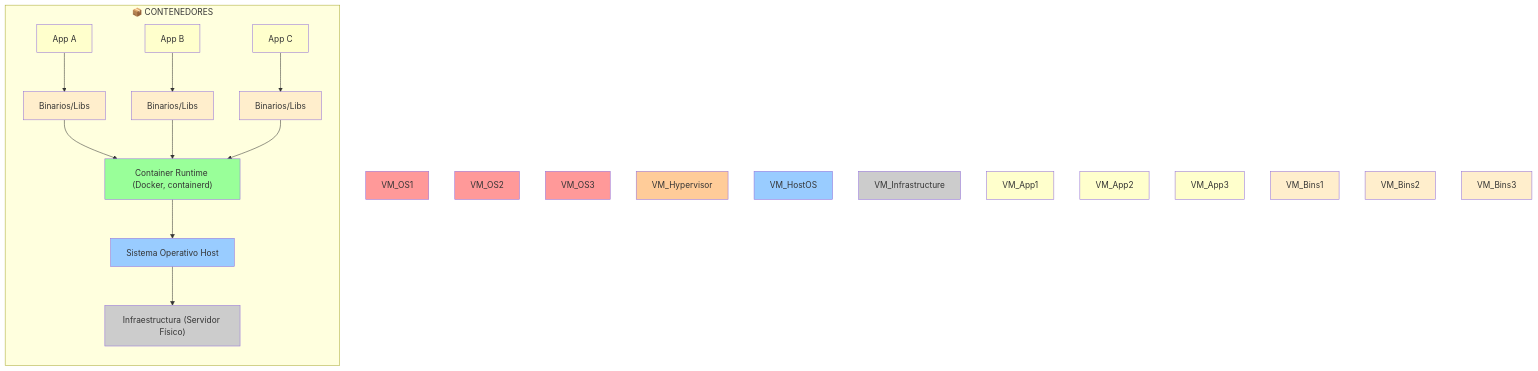
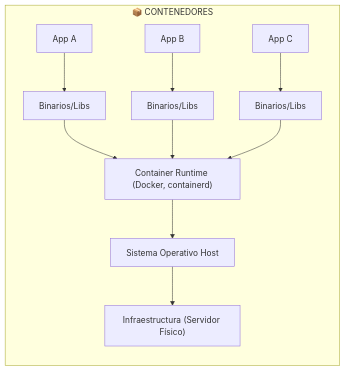
Before and after one commit to rugi/OTEL_Parte2: the fourth of 5 diagrams in Fase01/inicio/componentes/Docker.md, drawn with Mermaid.

````diff
--- a/Fase01/inicio/componentes/Docker.md
+++ b/Fase01/inicio/componentes/Docker.md
@@ -228,49 +228,26 @@
 ```mermaid
 graph TB
     subgraph Container["📦 CONTENEDORES"]
         direction TB
         C_App1["App A"]
         C_App2["App B"]
         C_App3["App C"]
         C_Bins1["Binarios/Libs"]
         C_Bins2["Binarios/Libs"]
         C_Bins3["Binarios/Libs"]
         C_Runtime["Container Runtime (Docker, containerd)"]
         C_HostOS["Sistema Operativo Host"]
         C_Infrastructure["Infraestructura (Servidor Físico)"]
         
         C_App1 --> C_Bins1
         C_App2 --> C_Bins2
         C_App3 --> C_Bins3
         C_Bins1 --> C_Runtime
         C_Bins2 --> C_Runtime
         C_Bins3 --> C_Runtime
         C_Runtime --> C_HostOS
         C_HostOS --> C_Infrastructure
     end
     
-    style VM_OS1 fill:#ff9999
-    style VM_OS2 fill:#ff9999
-    style VM_OS3 fill:#ff9999
-    style VM_Hypervisor fill:#ffcc99
-    style VM_HostOS fill:#99ccff
-    style VM_Infrastructure fill:#cccccc
-    
-    style C_Runtime fill:#99ff99
-    style C_HostOS fill:#99ccff
-    style C_Infrastructure fill:#cccccc
-    
-    style VM_App1 fill:#ffffcc
-    style VM_App2 fill:#ffffcc
-    style VM_App3 fill:#ffffcc
-    style VM_Bins1 fill:#ffeecc
-    style VM_Bins2 fill:#ffeecc
-    style VM_Bins3 fill:#ffeecc
-    
-    style C_App1 fill:#ffffcc
-    style C_App2 fill:#ffffcc
-    style C_App3 fill:#ffffcc
-    style C_Bins1 fill:#ffeecc
-    style C_Bins2 fill:#ffeecc
-    style C_Bins3 fill:#ffeecc
+
 ```
````
